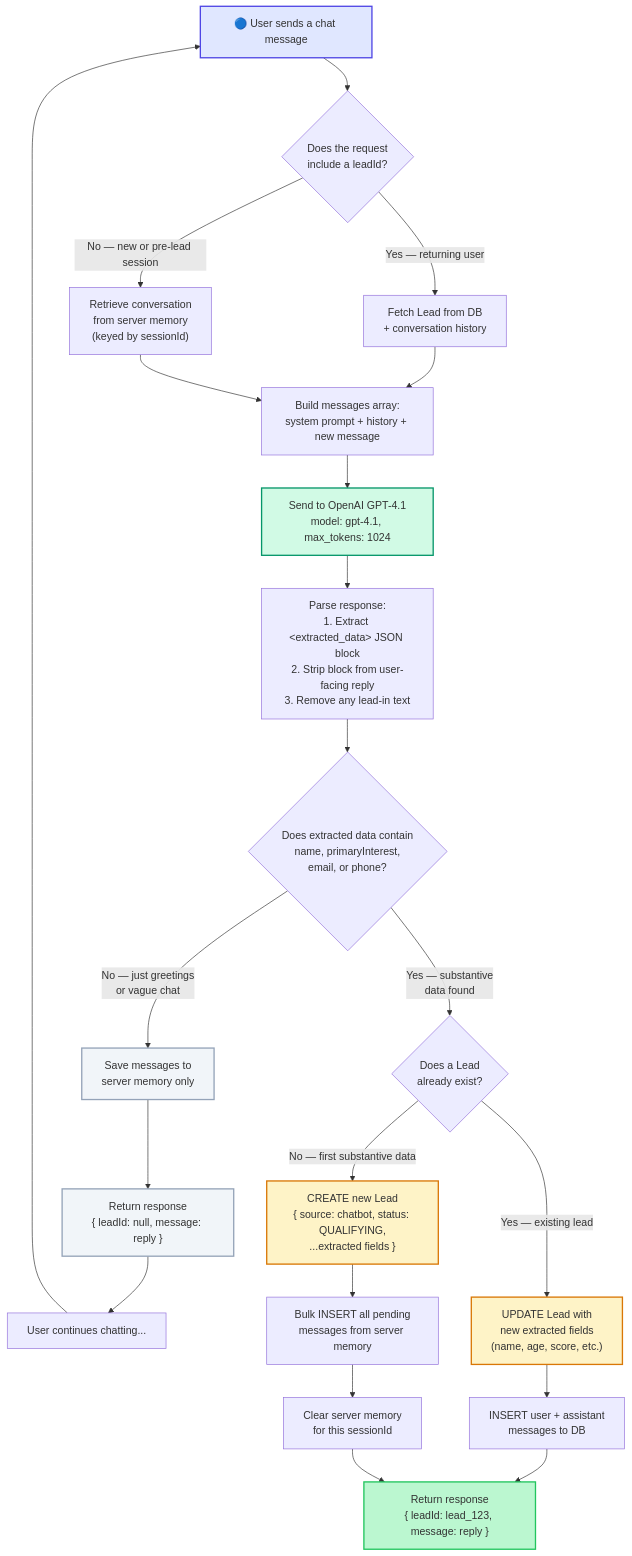
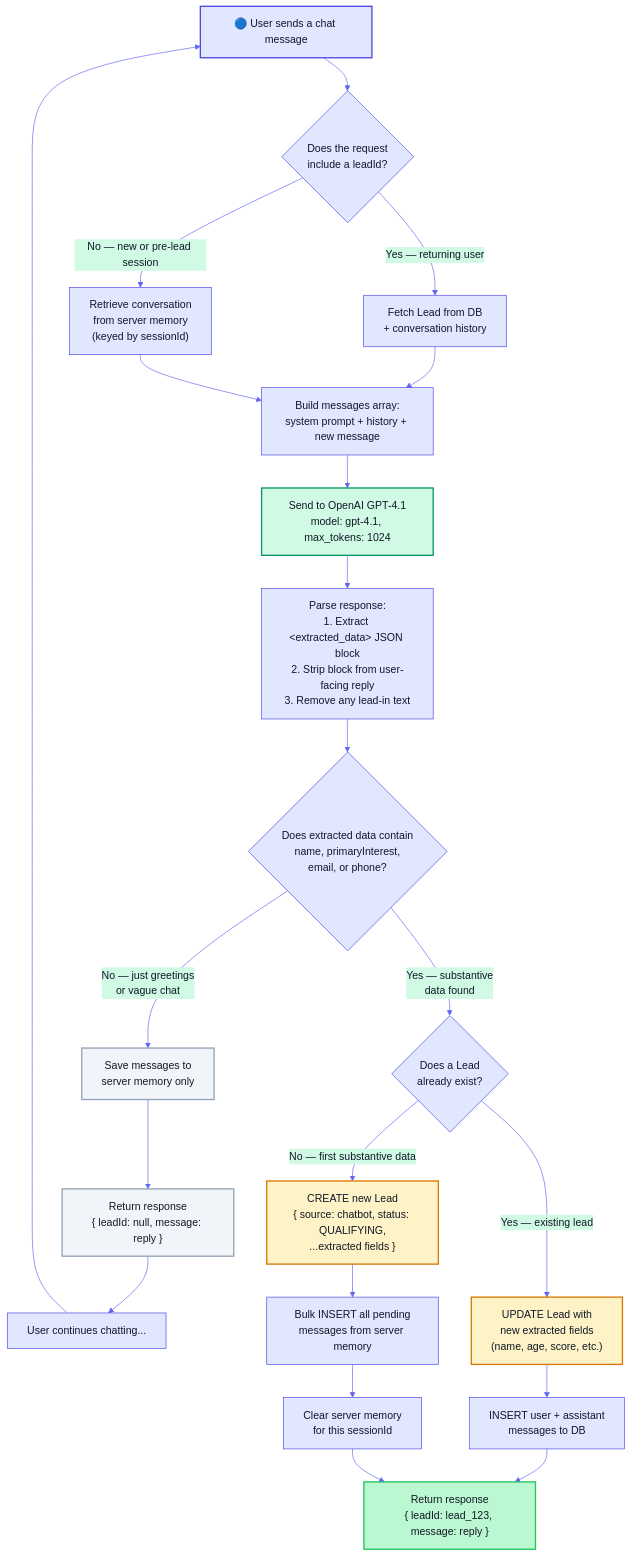
Before and after one commit to Aarav238/secureLife-ai: the second of 3 diagrams in diagrams/lead-capture-flow.md, drawn with Mermaid. The commit also changed other lines of this file and 2 other files, not shown here.

Commit message:
feat: update diagrams with consistent theme variables for improved styling and clarity

````diff
--- a/diagrams/lead-capture-flow.md
+++ b/diagrams/lead-capture-flow.md
@@ -120,40 +121,41 @@
 ```mermaid
+%%{init: {'theme': 'base', 'themeVariables': {'primaryColor': '#e0e7ff', 'primaryTextColor': '#111827', 'primaryBorderColor': '#4f46e5', 'lineColor': '#6366f1', 'secondaryColor': '#d1fae5', 'tertiaryColor': '#fef3c7', 'nodeTextColor': '#111827'}}}%%
 flowchart TD
     A["🔵 User sends a chat message"] --> B{"Does the request<br/>include a leadId?"}
 
     B -->|"Yes — returning user"| C["Fetch Lead from DB<br/>+ conversation history"]
     B -->|"No — new or pre-lead session"| D["Retrieve conversation<br/>from server memory<br/>(keyed by sessionId)"]
 
     C --> E["Build messages array:<br/>system prompt + history + new message"]
     D --> E
 
     E --> F["Send to OpenAI GPT-4.1<br/>model: gpt-4.1, max_tokens: 1024"]
 
     F --> G["Parse response:<br/>1. Extract &lt;extracted_data&gt; JSON block<br/>2. Strip block from user-facing reply<br/>3. Remove any lead-in text"]
 
     G --> H{"Does extracted data contain<br/>name, primaryInterest,<br/>email, or phone?"}
 
     H -->|"No — just greetings<br/>or vague chat"| I["Save messages to<br/>server memory only"]
     I --> J["Return response<br/>{ leadId: null, message: reply }"]
     J --> K["User continues chatting..."]
     K --> A
 
     H -->|"Yes — substantive<br/>data found"| L{"Does a Lead<br/>already exist?"}
 
     L -->|"Yes — existing lead"| M["UPDATE Lead with<br/>new extracted fields<br/>(name, age, score, etc.)"]
     M --> N["INSERT user + assistant<br/>messages to DB"]
     N --> O["Return response<br/>{ leadId: lead_123, message: reply }"]
 
     L -->|"No — first substantive data"| P["CREATE new Lead<br/>{ source: chatbot, status: QUALIFYING,<br/>...extracted fields }"]
     P --> Q["Bulk INSERT all pending<br/>messages from server memory"]
     Q --> R["Clear server memory<br/>for this sessionId"]
     R --> O
 
-    style A fill:#e0e7ff,stroke:#4f46e5,stroke-width:2px
-    style F fill:#d1fae5,stroke:#059669,stroke-width:2px
-    style P fill:#fef3c7,stroke:#d97706,stroke-width:2px
-    style M fill:#fef3c7,stroke:#d97706,stroke-width:2px
-    style O fill:#bbf7d0,stroke:#22c55e,stroke-width:2px
-    style J fill:#f1f5f9,stroke:#94a3b8,stroke-width:2px
-    style I fill:#f1f5f9,stroke:#94a3b8,stroke-width:2px
+    style A fill:#e0e7ff,stroke:#4f46e5,stroke-width:2px,color:#111827
+    style F fill:#d1fae5,stroke:#059669,stroke-width:2px,color:#111827
+    style P fill:#fef3c7,stroke:#d97706,stroke-width:2px,color:#111827
+    style M fill:#fef3c7,stroke:#d97706,stroke-width:2px,color:#111827
+    style O fill:#bbf7d0,stroke:#22c55e,stroke-width:2px,color:#111827
+    style J fill:#f1f5f9,stroke:#94a3b8,stroke-width:2px,color:#111827
+    style I fill:#f1f5f9,stroke:#94a3b8,stroke-width:2px,color:#111827
 ```
````
